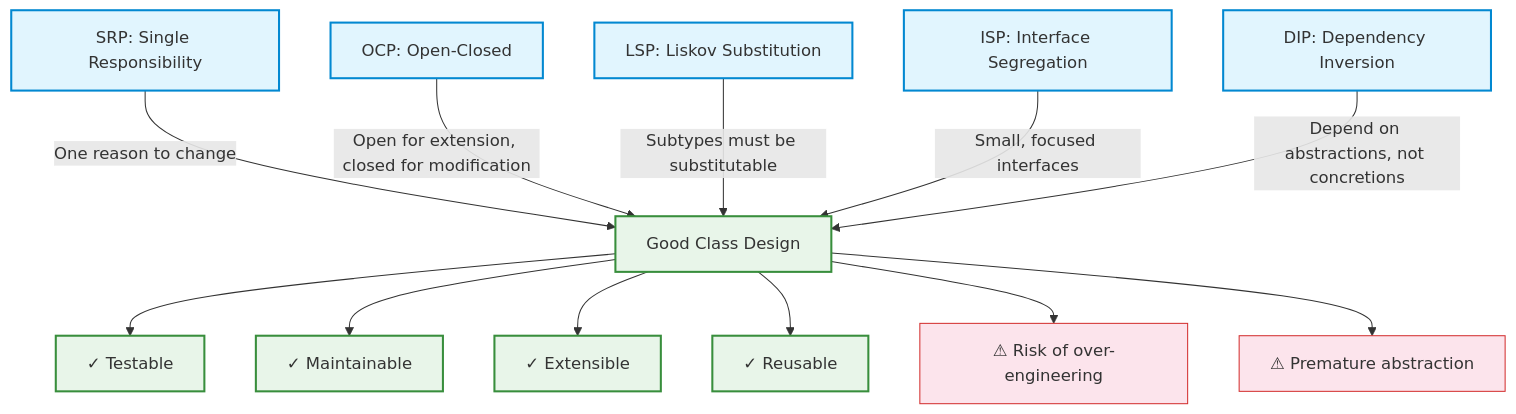
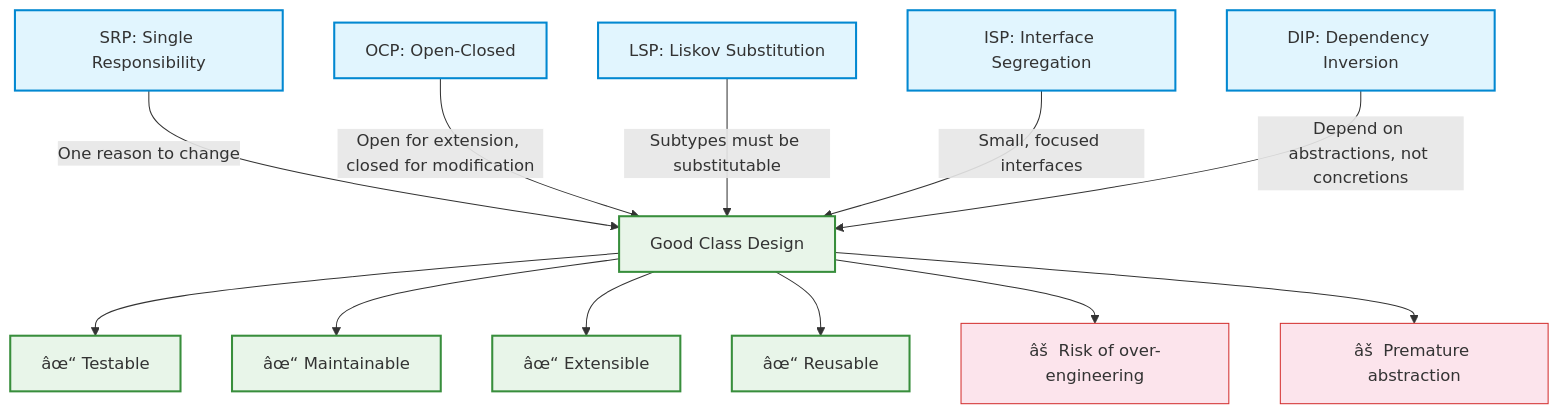
Before and after one commit to Raushan666java/ai-engineering-journey: the first of 3 diagrams in docs/courses/software-engineering/05-design-implementation.md, drawn with Mermaid. The commit also changed other lines of this file and 735 other files, not shown here.

````diff
--- a/docs/courses/software-engineering/05-design-implementation.md
+++ b/docs/courses/software-engineering/05-design-implementation.md
@@ -46,20 +46,20 @@
 ```mermaid
 graph TD
     classDef principle fill:#e1f5fe,stroke:#0288d1,stroke-width:2px
     classDef benefit fill:#e8f5e9,stroke:#388e3c,stroke-width:2px
     classDef risk fill:#fce4ec,stroke:#d32f2f,stroke-width:1px
 
     S[SRP: Single Responsibility]:::principle -->|One reason to change| CLASS[Good Class Design]:::benefit
     O[OCP: Open-Closed]:::principle -->|Open for extension, closed for modification| CLASS
     L[LSP: Liskov Substitution]:::principle -->|Subtypes must be substitutable| CLASS
     I[ISP: Interface Segregation]:::principle -->|Small, focused interfaces| CLASS
     D[DIP: Dependency Inversion]:::principle -->|Depend on abstractions, not concretions| CLASS
 
-    CLASS --> TEST[✓ Testable]:::benefit
-    CLASS --> MAINTAIN[✓ Maintainable]:::benefit
-    CLASS --> EXTEND[✓ Extensible]:::benefit
-    CLASS --> REUSE[✓ Reusable]:::benefit
+    CLASS --> TEST[âœ“ Testable]:::benefit
+    CLASS --> MAINTAIN[âœ“ Maintainable]:::benefit
+    CLASS --> EXTEND[âœ“ Extensible]:::benefit
+    CLASS --> REUSE[âœ“ Reusable]:::benefit
 
-    CLASS --> OVERENG[⚠ Risk of over-engineering]:::risk
-    CLASS --> PREMATURE[⚠ Premature abstraction]:::risk
+    CLASS --> OVERENG[âš  Risk of over-engineering]:::risk
+    CLASS --> PREMATURE[âš  Premature abstraction]:::risk
 ```
````
